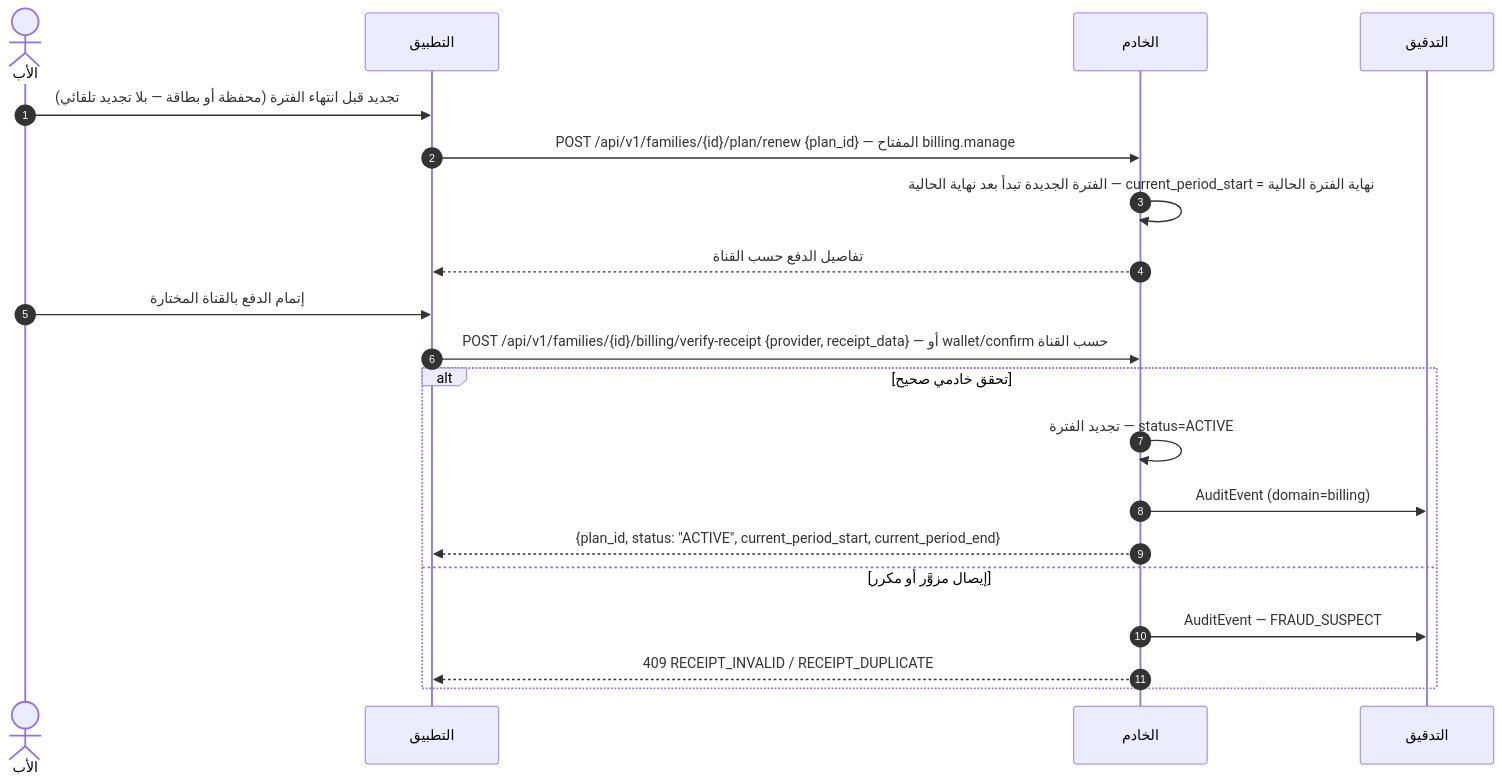
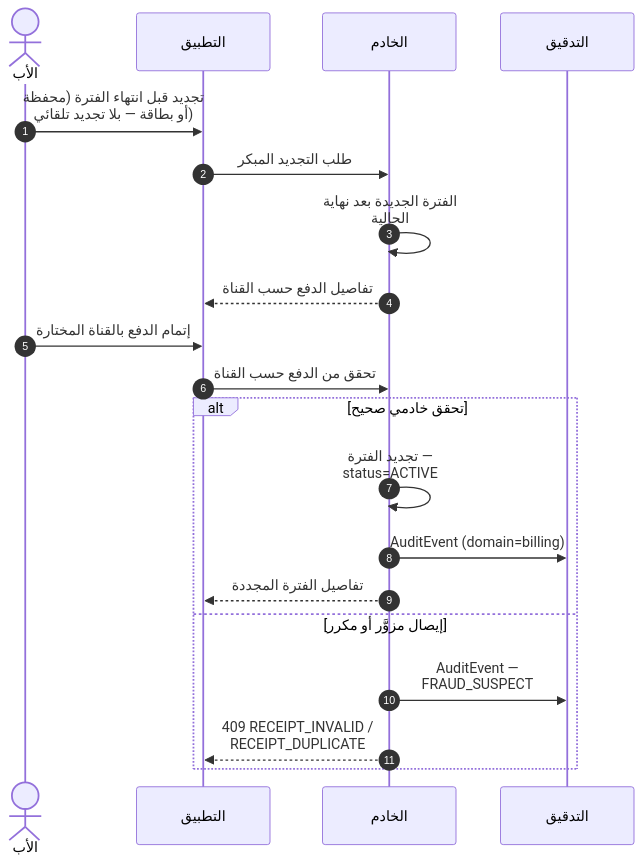
Diagram 11 of 25 in docs/family-os/governance/phases/phase-1/S1-04-plans-and-subscriptions/DIAGRAMS.md (Bassam-mohammed-alqaeadi/family-os-v2), drawn with Mermaid before and after one commit. The commit also changed other lines of this file, not shown here.

````diff
--- a/docs/family-os/governance/phases/phase-1/S1-04-plans-and-subscriptions/DIAGRAMS.md
+++ b/docs/family-os/governance/phases/phase-1/S1-04-plans-and-subscriptions/DIAGRAMS.md
@@ -450,22 +474,23 @@
 ```mermaid
+%%{init: {"sequence": {"wrap": true}}}%%
 sequenceDiagram
     autonumber
     actor Father as الأب
     participant App as التطبيق
     participant Ktor as الخادم
     participant Audit as التدقيق
     Father->>App: تجديد قبل انتهاء الفترة (محفظة أو بطاقة — بلا تجديد تلقائي)
-    App->>Ktor: POST /api/v1/families/{id}/plan/renew {plan_id} — المفتاح billing.manage
-    Ktor->>Ktor: الفترة الجديدة تبدأ بعد نهاية الحالية — current_period_start = نهاية الفترة الحالية
+    App->>Ktor: طلب التجديد المبكر
+    Ktor->>Ktor: الفترة الجديدة بعد نهاية الحالية
     Ktor-->>App: تفاصيل الدفع حسب القناة
     Father->>App: إتمام الدفع بالقناة المختارة
-    App->>Ktor: POST /api/v1/families/{id}/billing/verify-receipt {provider, receipt_data} — أو wallet/confirm حسب القناة
+    App->>Ktor: تحقق من الدفع حسب القناة
     alt تحقق خادمي صحيح
         Ktor->>Ktor: تجديد الفترة — status=ACTIVE
         Ktor->>Audit: AuditEvent (domain=billing)
-        Ktor-->>App: {plan_id, status: "ACTIVE", current_period_start, current_period_end}
+        Ktor-->>App: تفاصيل الفترة المجددة
     else إيصال مزوَّر أو مكرر
         Ktor->>Audit: AuditEvent — FRAUD_SUSPECT
         Ktor-->>App: 409 RECEIPT_INVALID / RECEIPT_DUPLICATE
     end
 ```
````
